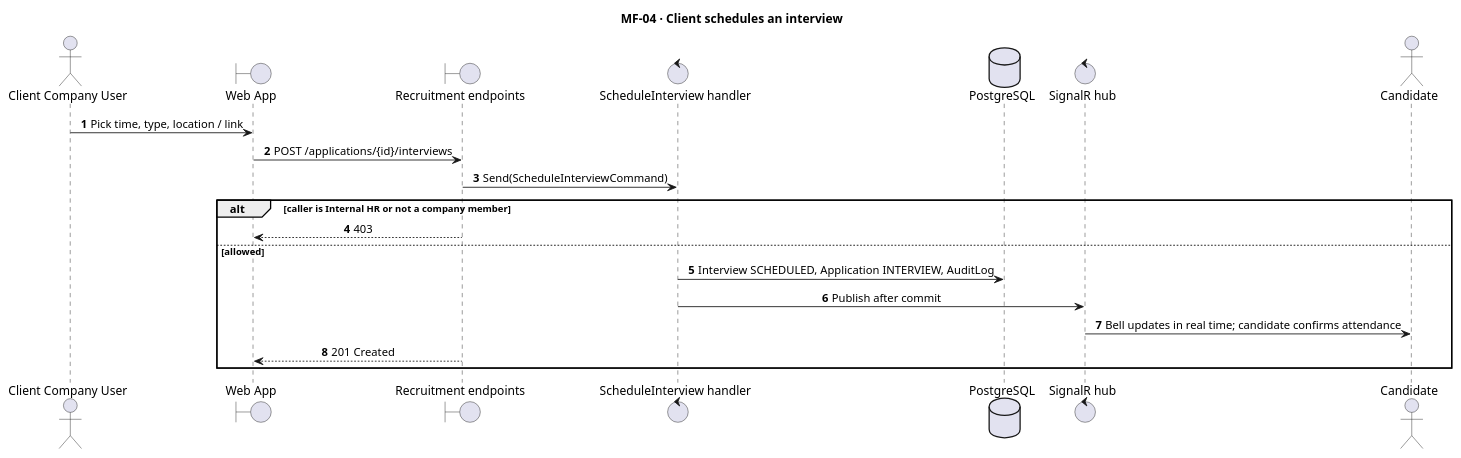
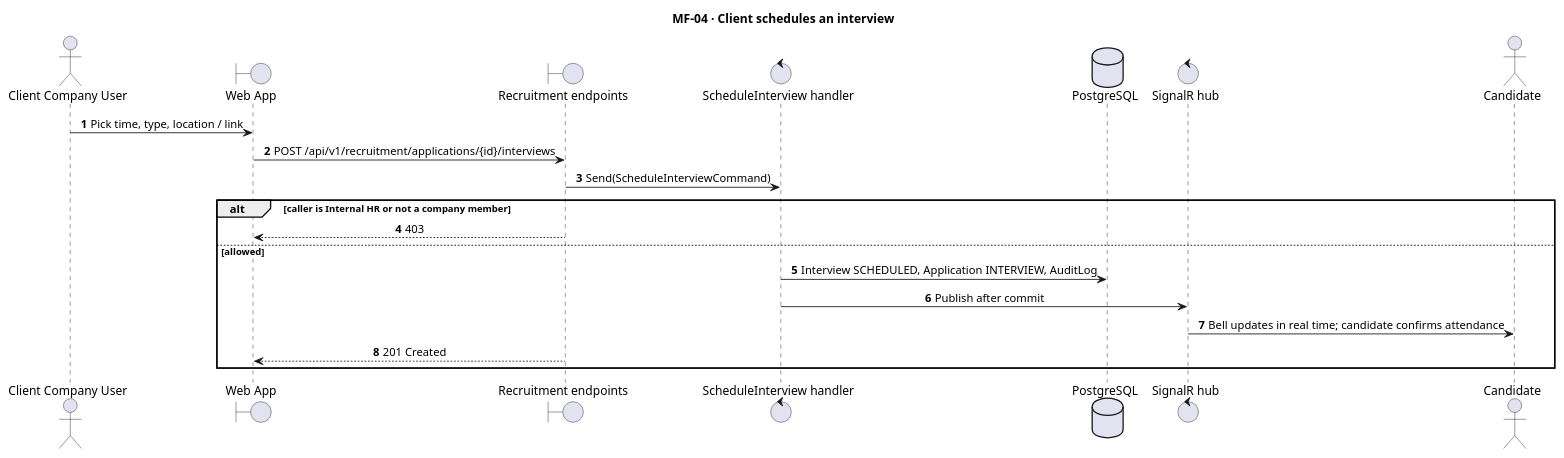
The diagram in docs/diagrams/sequences/source/seq-mf04-schedule-interview.puml (hoangqui794/hr-connect), drawn with PlantUML before and after one commit. The commit also changed 34 other files, not shown here.

Commit message:
docs(diagrams): add candidate self-apply sequence and fix endpoint paths in MF-01..MF-04 sequences

```diff
--- a/docs/diagrams/sequences/source/seq-mf04-schedule-interview.puml
+++ b/docs/diagrams/sequences/source/seq-mf04-schedule-interview.puml
@@ -1,23 +1,23 @@
 @startuml seq-mf04-schedule-interview
 autonumber
 skinparam sequenceMessageAlign center
 title MF-04 · Client schedules an interview
 actor "Client Company User" as CL
 boundary "Web App" as FE
 boundary "Recruitment endpoints" as API
 control "ScheduleInterview handler" as H
 database "PostgreSQL" as DB
 control "SignalR hub" as HUB
 actor "Candidate" as CA
 CL -> FE : Pick time, type, location / link
-FE -> API : POST /applications/{id}/interviews
+FE -> API : POST /api/v1/recruitment/applications/{id}/interviews
 API -> H : Send(ScheduleInterviewCommand)
 alt caller is Internal HR or not a company member
 API --> FE : 403
 else allowed
 H -> DB : Interview SCHEDULED, Application INTERVIEW, AuditLog
 H -> HUB : Publish after commit
 HUB -> CA : Bell updates in real time; candidate confirms attendance
 API --> FE : 201 Created
 end
 @enduml
```
